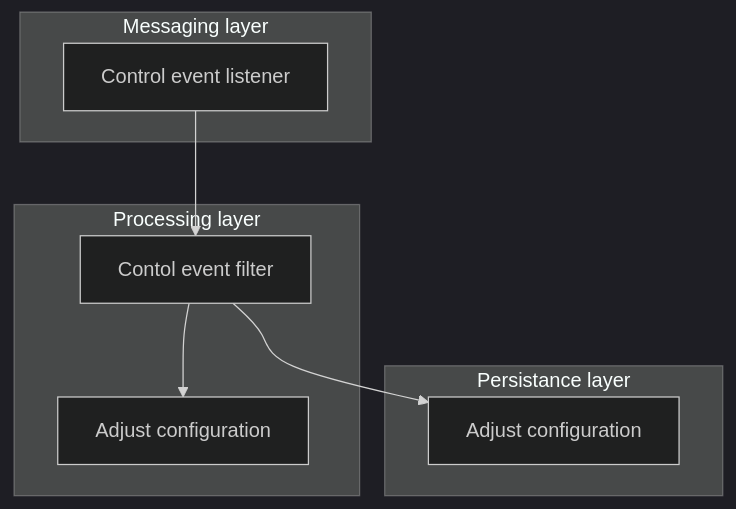
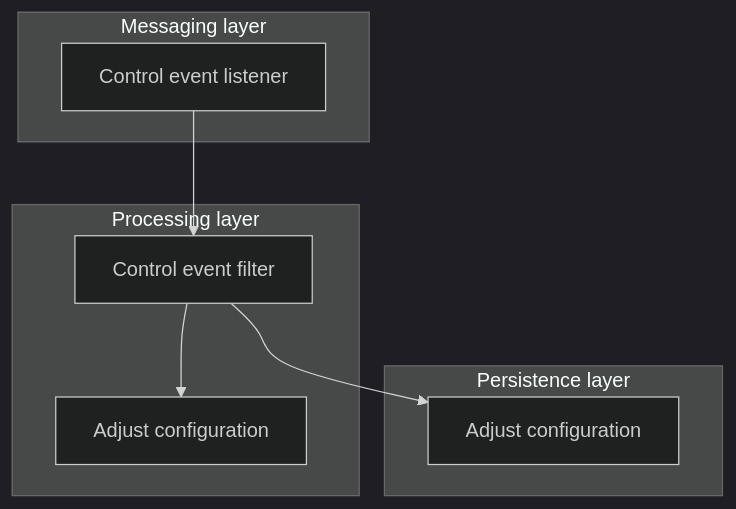
The third of 4 diagrams in docs/component-core.md (ChronoRacer/chronoracer), drawn with Mermaid (dark theme) before and after one commit. The commit also changed other lines of this file and 60 other files, not shown here.

````diff
--- a/docs/component-core.md
+++ b/docs/component-core.md
@@ -113,20 +108,20 @@
 ```mermaid
 flowchart TB
     subgraph kafka["Messaging layer"]
         kafkaControl["Control event listener"]
     end
 
     subgraph process["Processing layer"]
-        filterControl["Contol event filter"]
+        filterControl["Control event filter"]
         configureProcess["Adjust configuration"]
     end
 
-       subgraph persistence["Persistance layer"]
+    subgraph persistence["Persistence layer"]
         configurePersistence["Adjust configuration"]
     end
 
     kafkaControl --> filterControl
     filterControl --> configureProcess
     filterControl --> configurePersistence
 
 ```
````
